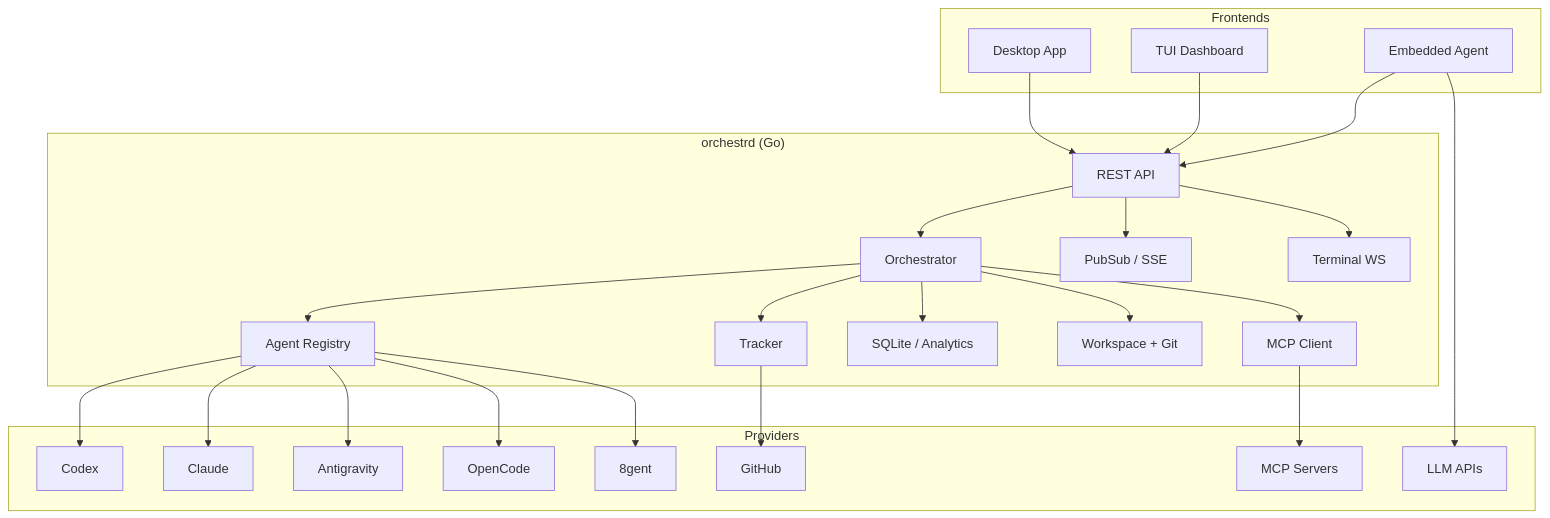
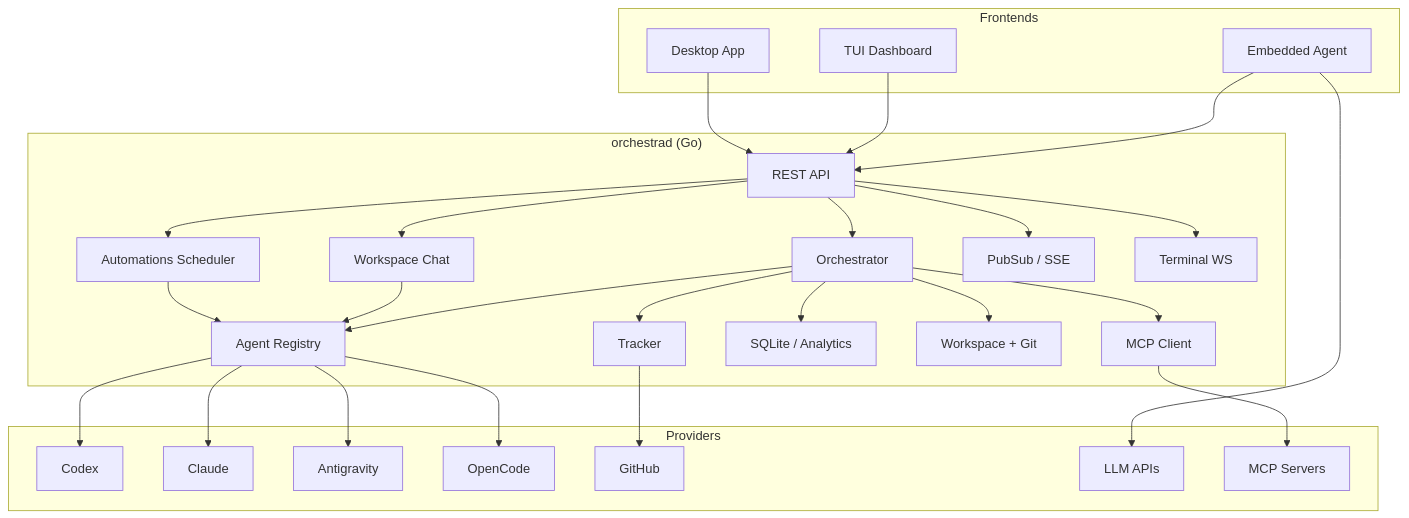
One commit to Traves-Theberge/Orchestra changed the diagram in README.md. Above: the diagram before and after it, drawn with Mermaid. The commit also changed other lines of this file and 208 other files, not shown here.

````diff
--- a/README.md
+++ b/README.md
@@ -162,51 +198,55 @@
 ```mermaid
 graph TB
     subgraph Frontends
         DESKTOP["Desktop App"]
         TUI["TUI Dashboard"]
         AGENT["Embedded Agent"]
     end
 
-    subgraph Backend["orchestrd (Go)"]
+    subgraph Backend["orchestrad (Go)"]
         API["REST API"]
         ORCH["Orchestrator"]
+        AUTO["Automations Scheduler"]
+        CHAT["Workspace Chat"]
         PUB["PubSub / SSE"]
         REG["Agent Registry"]
         TRACKER["Tracker"]
         DB["SQLite / Analytics"]
         WS["Workspace + Git"]
         TERM["Terminal WS"]
         MCP["MCP Client"]
     end
 
     subgraph Providers
         CODEX["Codex"]
         CLAUDE["Claude"]
         ANTIGRAVITY["Antigravity"]
         OPENCODE["OpenCode"]
-        EIGHT["8gent"]
         GH["GitHub"]
         LLM["LLM APIs"]
         MCP_SRV["MCP Servers"]
     end
 
     DESKTOP --> API
     TUI --> API
     AGENT --> API
     API --> ORCH
     API --> PUB
     API --> TERM
+    API --> AUTO
+    API --> CHAT
+    AUTO --> REG
+    CHAT --> REG
     ORCH --> REG
     ORCH --> TRACKER
     ORCH --> DB
     ORCH --> WS
     REG --> CODEX
     REG --> CLAUDE
     REG --> ANTIGRAVITY
     REG --> OPENCODE
-    REG --> EIGHT
     TRACKER --> GH
     AGENT --> LLM
     ORCH --> MCP
     MCP --> MCP_SRV
 ```
````
